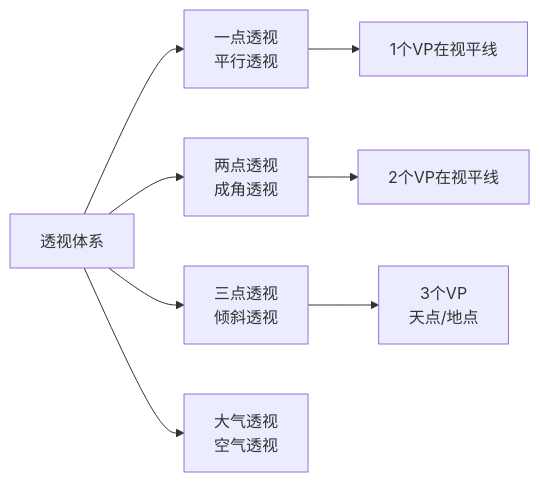
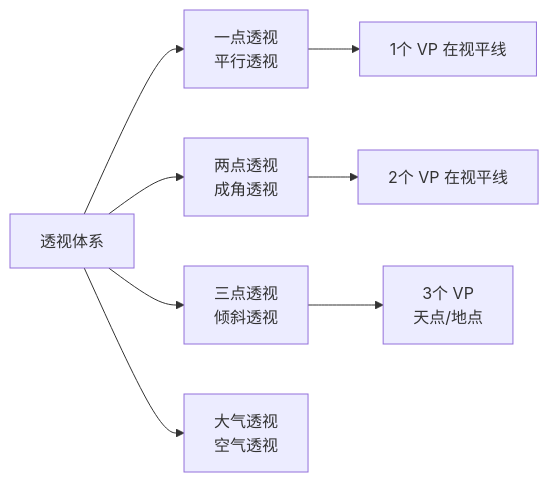
The diagram in 06_ArtsAndCreativity/FineArts/Drawing/素描技法.md (Tianshang301/TianshangKnowledgeBase), drawn with Mermaid before and after one commit. The commit also changed other lines of this file and 2257 other files, not shown here.

````diff
--- a/06_ArtsAndCreativity/FineArts/Drawing/素描技法.md
+++ b/06_ArtsAndCreativity/FineArts/Drawing/素描技法.md
@@ -93,11 +93,11 @@
 ```mermaid
 flowchart LR
     P[透视体系] --> OP[一点透视<br/>平行透视]
     P --> TP[两点透视<br/>成角透视]
     P --> THP[三点透视<br/>倾斜透视]
     P --> AP[大气透视<br/>空气透视]
     
-    OP --> O1[1个VP在视平线]
-    TP --> T1[2个VP在视平线]
-    THP --> H1[3个VP<br/>天点/地点]
+    OP --> O1[1个 VP 在视平线]
+    TP --> T1[2个 VP 在视平线]
+    THP --> H1[3个 VP<br/>天点/地点]
 ```
````
